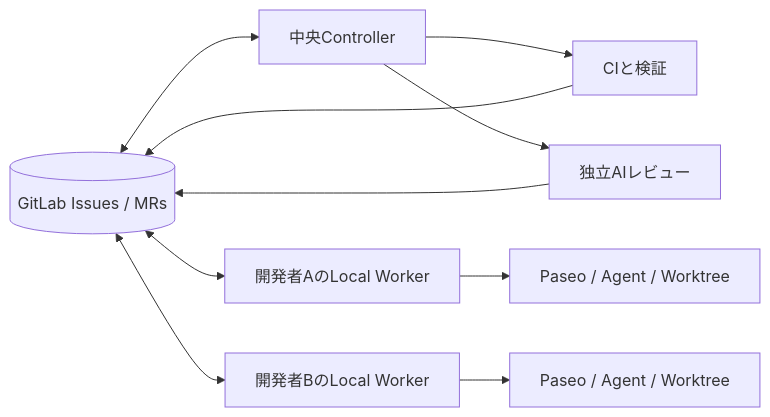
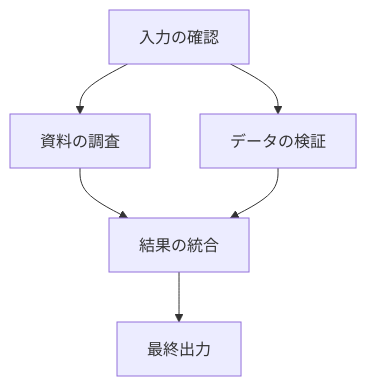
One commit to Umemura0212/zenn-content changed the second of 4 diagrams in articles/graph-agent-orchestration.md. Above: the diagram before and after it, drawn with Mermaid. The commit also changed other lines of this file, not shown here.

Commit message:
docs: focus first article exclusively on graph-based agent management

````diff
--- a/articles/graph-agent-orchestration.md
+++ b/articles/graph-agent-orchestration.md
@@ -66,12 +44,8 @@
 ```mermaid
-flowchart LR
-    G[(GitLab Issues / MRs)] <--> S[中央Controller]
-    S --> CI[CIと検証]
-    S --> RV[独立AIレビュー]
-    G <--> W1[開発者AのLocal Worker]
-    G <--> W2[開発者BのLocal Worker]
-    W1 --> P1[Paseo / Agent / Worktree]
-    W2 --> P2[Paseo / Agent / Worktree]
-    CI --> G
-    RV --> G
+flowchart TD
+    A[入力の確認] --> B[資料の調査]
+    A --> C[データの検証]
+    B --> D[結果の統合]
+    C --> D
+    D --> E[最終出力]
 ```
````
